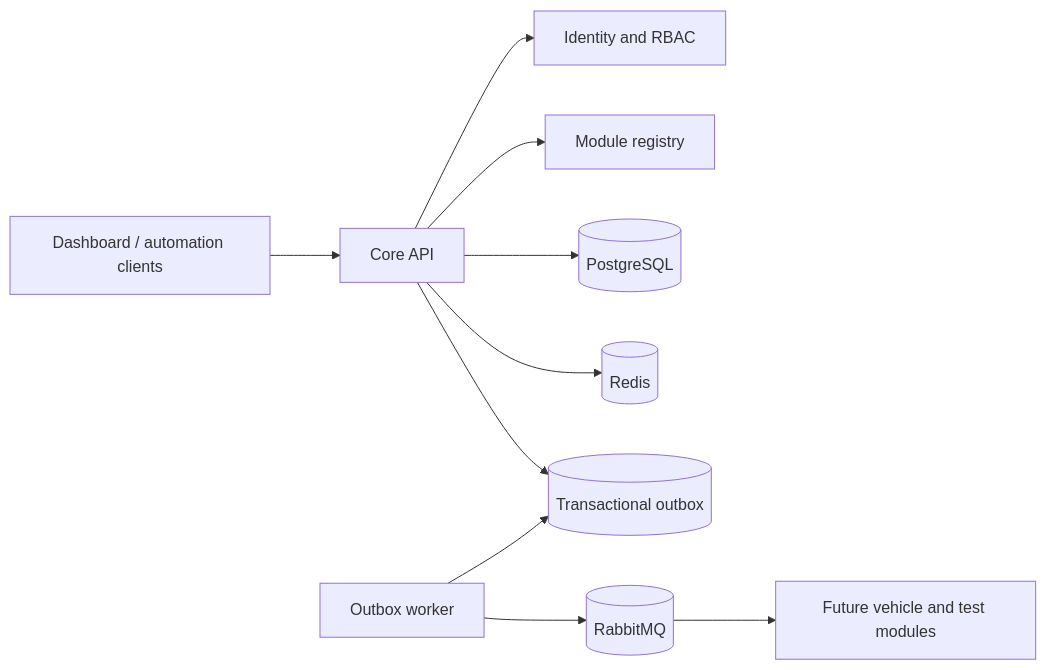
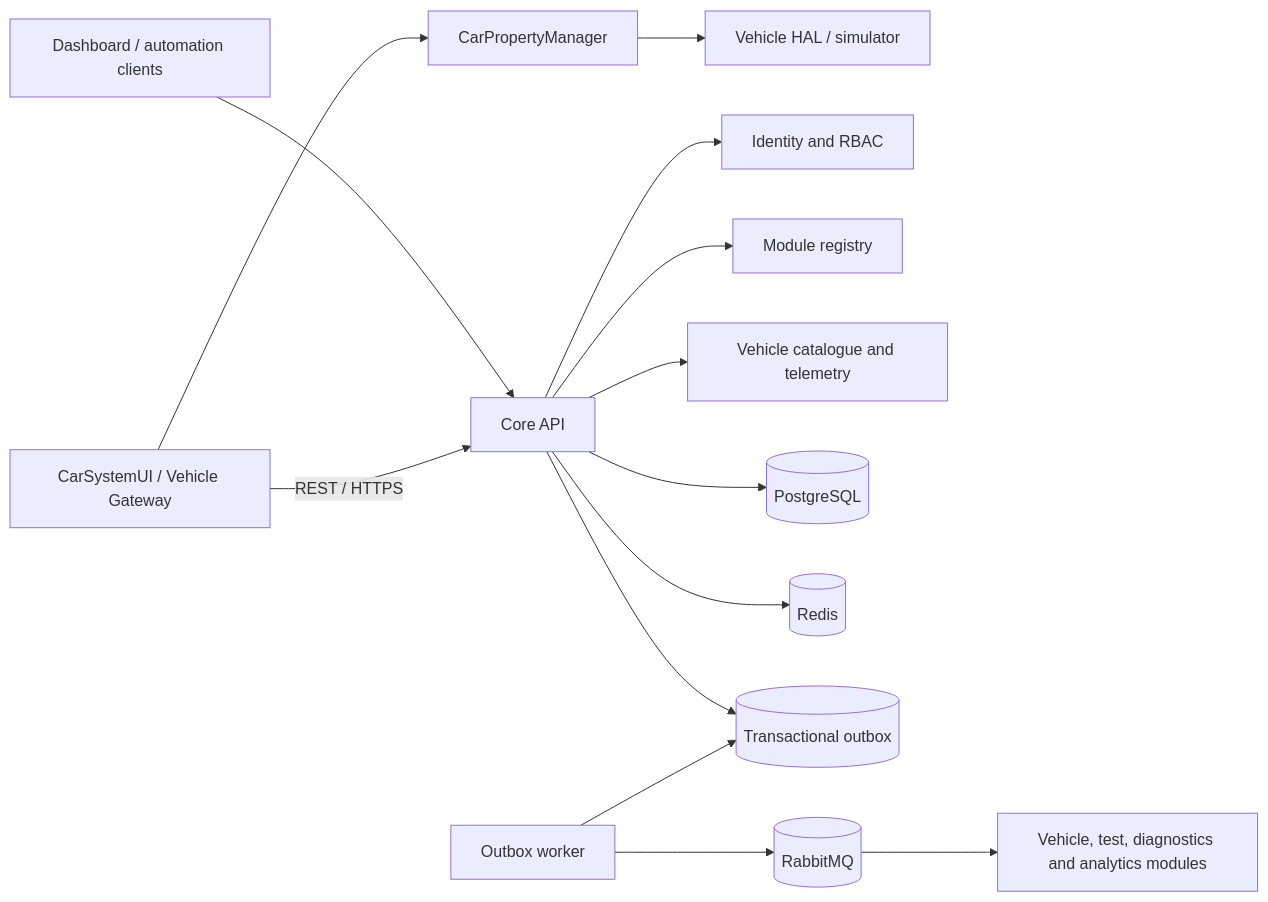
One commit to paulacristinaqa/automotive_test_engineering_platform changed the diagram in docs/architecture.md. Above: the diagram before and after it, drawn with Mermaid. The commit also changed other lines of this file and 6 other files, not shown here.

````diff
--- a/docs/architecture.md
+++ b/docs/architecture.md
@@ -10,12 +10,16 @@
 ```mermaid
 flowchart LR
     Client["Dashboard / automation clients"] --> API["Core API"]
+    CarUI["CarSystemUI / Vehicle Gateway"] -->|"REST / HTTPS"| API
+    CarUI --> CarAPI["CarPropertyManager"]
+    CarAPI --> VHAL["Vehicle HAL / simulator"]
     API --> Identity["Identity and RBAC"]
     API --> Registry["Module registry"]
+    API --> Vehicle["Vehicle catalogue and telemetry"]
     API --> PG[(PostgreSQL)]
     API --> Redis[(Redis)]
     API --> Outbox[(Transactional outbox)]
     Worker["Outbox worker"] --> Outbox
     Worker --> MQ[(RabbitMQ)]
-    MQ --> Modules["Future vehicle and test modules"]
+    MQ --> Modules["Vehicle, test, diagnostics and analytics modules"]
 ```
````
